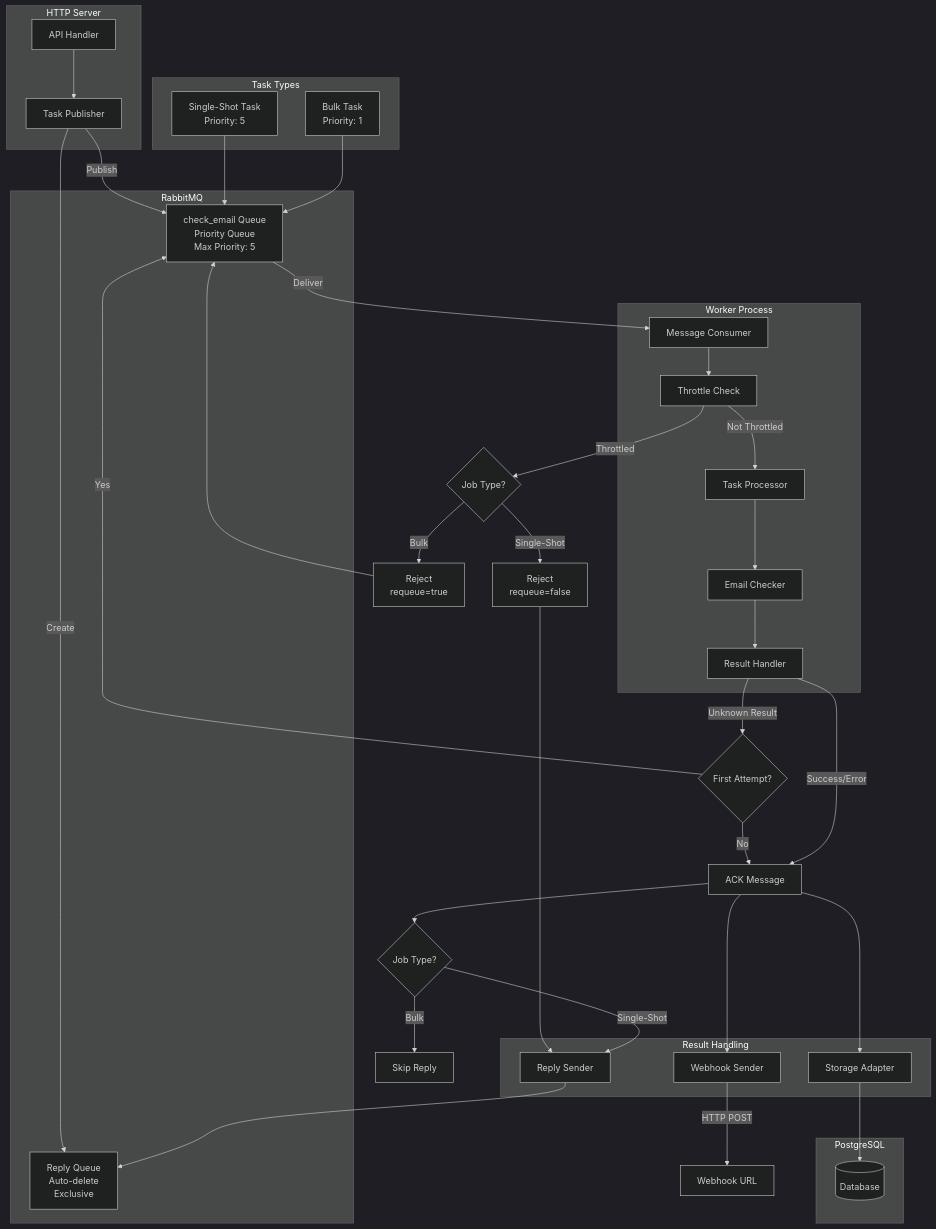
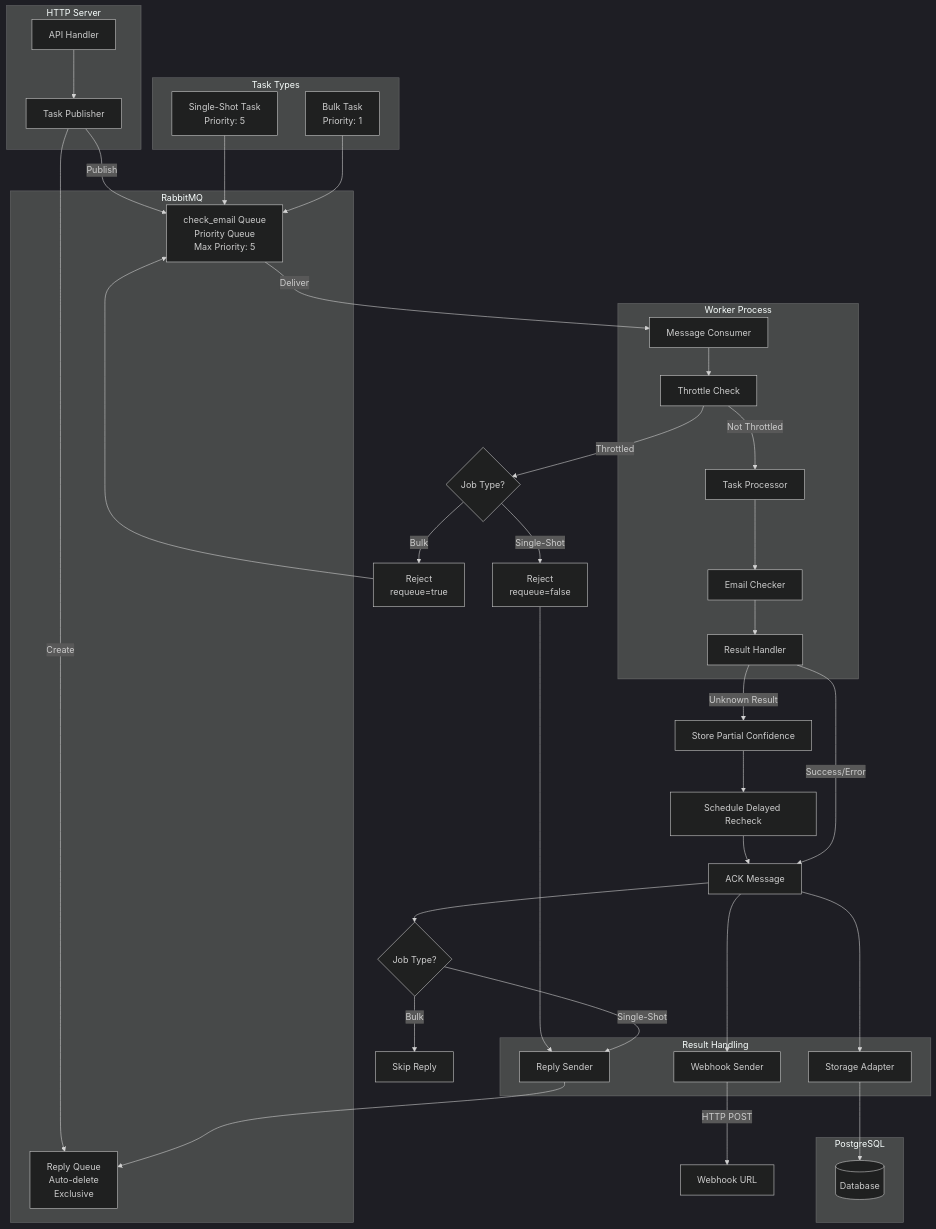
Before and after one commit to Oppulence-Engineering/paperless-check-if-email-exists: the fourth of 6 diagrams in README.md, drawn with Mermaid (dark theme). The commit also changed other lines of this file and 46 other files, not shown here.

````diff
--- a/README.md
+++ b/README.md
@@ -430,73 +426,73 @@
 ```mermaid
 graph TB
     subgraph "HTTP Server"
         API_HANDLER[API Handler]
         TASK_PUBLISHER[Task Publisher]
     end
 
     subgraph "RabbitMQ"
         QUEUE[check_email Queue<br/>Priority Queue<br/>Max Priority: 5]
         REPLY_QUEUE[Reply Queue<br/>Auto-delete<br/>Exclusive]
     end
 
     subgraph "Worker Process"
         CONSUMER[Message Consumer]
         THROTTLE_CHECK[Throttle Check]
         TASK_PROCESSOR[Task Processor]
         EMAIL_CHECKER[Email Checker]
         RESULT_HANDLER[Result Handler]
     end
 
     subgraph "Task Types"
         SINGLE_SHOT_TASK[Single-Shot Task<br/>Priority: 5]
         BULK_TASK[Bulk Task<br/>Priority: 1]
     end
 
     subgraph "Result Handling"
         STORAGE[Storage Adapter]
         WEBHOOK_SENDER[Webhook Sender]
         REPLY_SENDER[Reply Sender]
     end
 
     subgraph "PostgreSQL"
         DB[(Database)]
     end
 
     API_HANDLER --> TASK_PUBLISHER
     TASK_PUBLISHER -->|Publish| QUEUE
     TASK_PUBLISHER -->|Create| REPLY_QUEUE
 
     QUEUE -->|Deliver| CONSUMER
     CONSUMER --> THROTTLE_CHECK
 
     THROTTLE_CHECK -->|Throttled| THROTTLE_REJECT{Job Type?}
     THROTTLE_CHECK -->|Not Throttled| TASK_PROCESSOR
 
     THROTTLE_REJECT -->|Single-Shot| REJECT_NO_REQUEUE[Reject<br/>requeue=false]
     THROTTLE_REJECT -->|Bulk| REJECT_REQUEUE[Reject<br/>requeue=true]
 
     REJECT_NO_REQUEUE --> REPLY_SENDER
     REJECT_REQUEUE --> QUEUE
 
     TASK_PROCESSOR --> EMAIL_CHECKER
     EMAIL_CHECKER --> RESULT_HANDLER
 
-    RESULT_HANDLER -->|Unknown Result| UNKNOWN_REJECT{First Attempt?}
-    UNKNOWN_REJECT -->|Yes| QUEUE
-    UNKNOWN_REJECT -->|No| ACK
+    RESULT_HANDLER -->|Unknown Result| PARTIAL_CONFIDENCE[Store Partial Confidence]
+    PARTIAL_CONFIDENCE --> DELAYED_RECHECK[Schedule Delayed Recheck]
+    DELAYED_RECHECK --> ACK
 
     RESULT_HANDLER -->|Success/Error| ACK[ACK Message]
     ACK --> STORAGE
     ACK --> WEBHOOK_SENDER
     ACK --> REPLY_HANDLER{Job Type?}
 
     REPLY_HANDLER -->|Single-Shot| REPLY_SENDER
     REPLY_HANDLER -->|Bulk| SKIP_REPLY[Skip Reply]
 
     REPLY_SENDER --> REPLY_QUEUE
     STORAGE --> DB
     WEBHOOK_SENDER -->|HTTP POST| WEBHOOK_URL[Webhook URL]
 
     SINGLE_SHOT_TASK --> QUEUE
     BULK_TASK --> QUEUE
 ```
````
